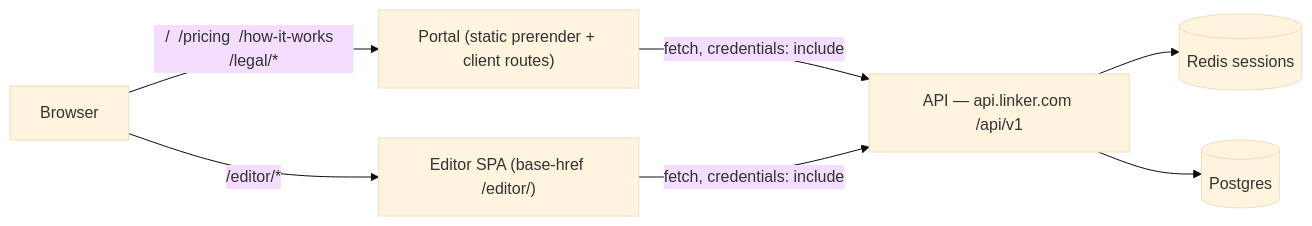
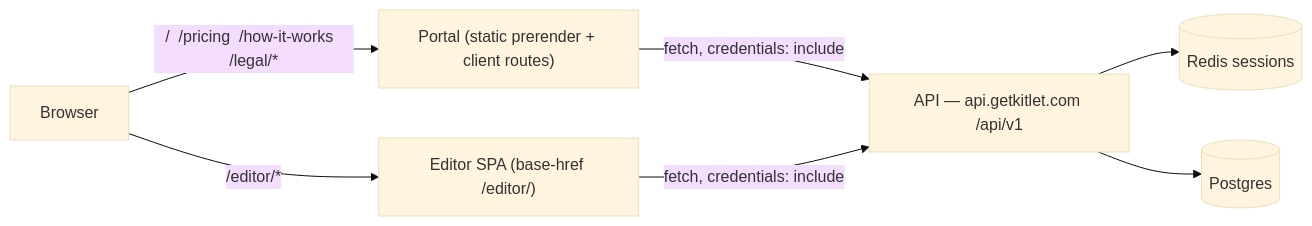
One commit to kiskinvlad/linker-landing changed the diagram in docs/portal-plan.md. Above: the diagram before and after it, drawn with Mermaid (base theme). The commit also changed other lines of this file and 3 other files, not shown here.

First line of the commit message:
chore(identity): production domain getkitlet.com and real contacts

````diff
--- a/docs/portal-plan.md
+++ b/docs/portal-plan.md
@@ -45,9 +45,9 @@
 ```mermaid
 flowchart LR
   B[Browser] -->|"/  /pricing  /how-it-works  /legal/*"| P["Portal (static prerender + client routes)"]
   B -->|"/editor/*"| E["Editor SPA (base-href /editor/)"]
-  P -->|"fetch, credentials: include"| A["API — api.linker.com /api/v1"]
+  P -->|"fetch, credentials: include"| A["API — api.getkitlet.com /api/v1"]
   E -->|"fetch, credentials: include"| A
   A --> R[(Redis sessions)]
   A --> PG[(Postgres)]
 ```
````
